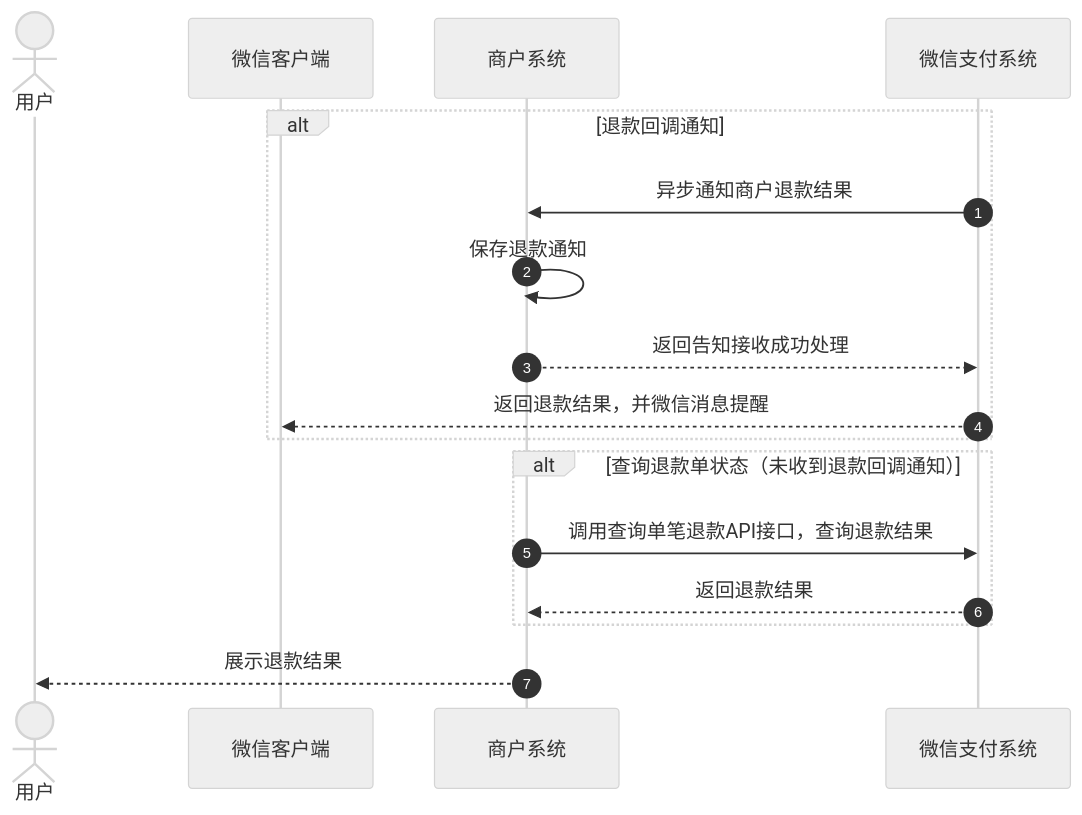
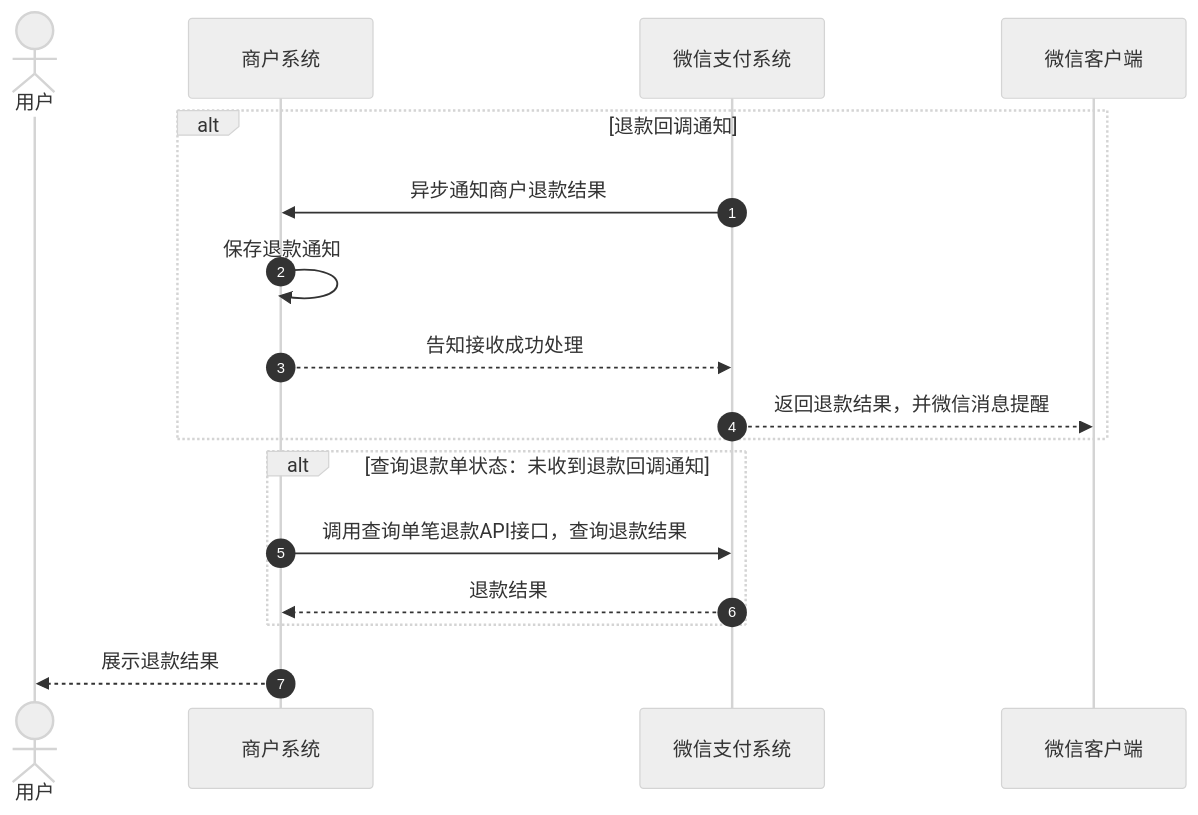
One commit to minibear2021/wechatpay_docs changed the third of 5 diagrams in docs/merchant/pages/4013071031.md. Above: the diagram before and after it, drawn with Mermaid (neutral theme). The commit also changed other lines of this file and 7 other files, not shown here.

````diff
--- a/docs/merchant/pages/4013071031.md
+++ b/docs/merchant/pages/4013071031.md
@@ -76,23 +74,19 @@
 ```mermaid
 sequenceDiagram
-%% xwatt: autonumber ea
-autonumber
-        actor User as 用户
-        participant P2 as 微信客户端
-        participant Mch as 商户系统
-        participant WxPay as 微信支付系统
-
-        alt 退款回调通知
-            WxPay->>Mch: 异步通知商户退款结果
-            Mch->>Mch: 保存退款通知
-            Mch-->>WxPay: 返回告知接收成功处理
-            WxPay-->>P2: 返回退款结果，并微信消息提醒
-        end
-
-        alt 查询退款单状态（未收到退款回调通知）
-            Mch->>WxPay: 调用查询单笔退款API接口，查询退款结果
-            WxPay-->>Mch: 返回退款结果
-        end
-
-        Mch-->>User: 展示退款结果
+  autonumber
+  actor p0 as 用户
+  participant p1 as 商户系统
+  participant p2 as 微信支付系统
+  participant p3 as 微信客户端
+  alt 退款回调通知
+    p2->>p1: 异步通知商户退款结果
+    p1->>p1: 保存退款通知
+    p1-->>p2: 告知接收成功处理
+    p2-->>p3: 返回退款结果，并微信消息提醒
+  end
+  alt 查询退款单状态：未收到退款回调通知
+    p1->>p2: 调用查询单笔退款API接口，查询退款结果
+    p2-->>p1: 退款结果
+  end
+  p1-->>p0: 展示退款结果
 ```
````
